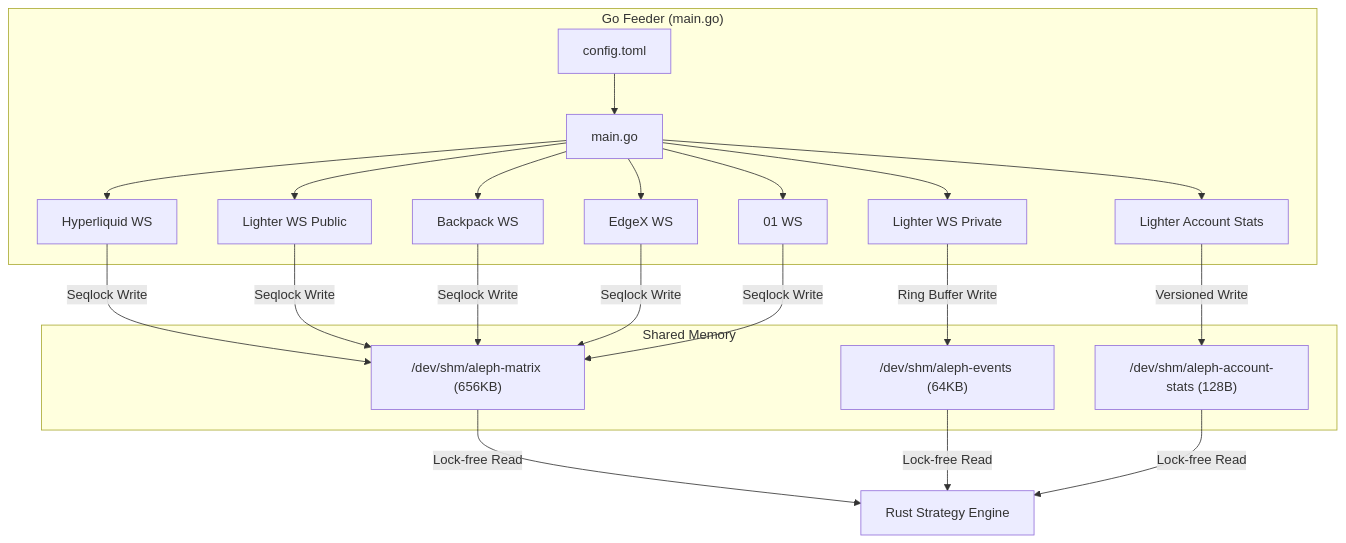
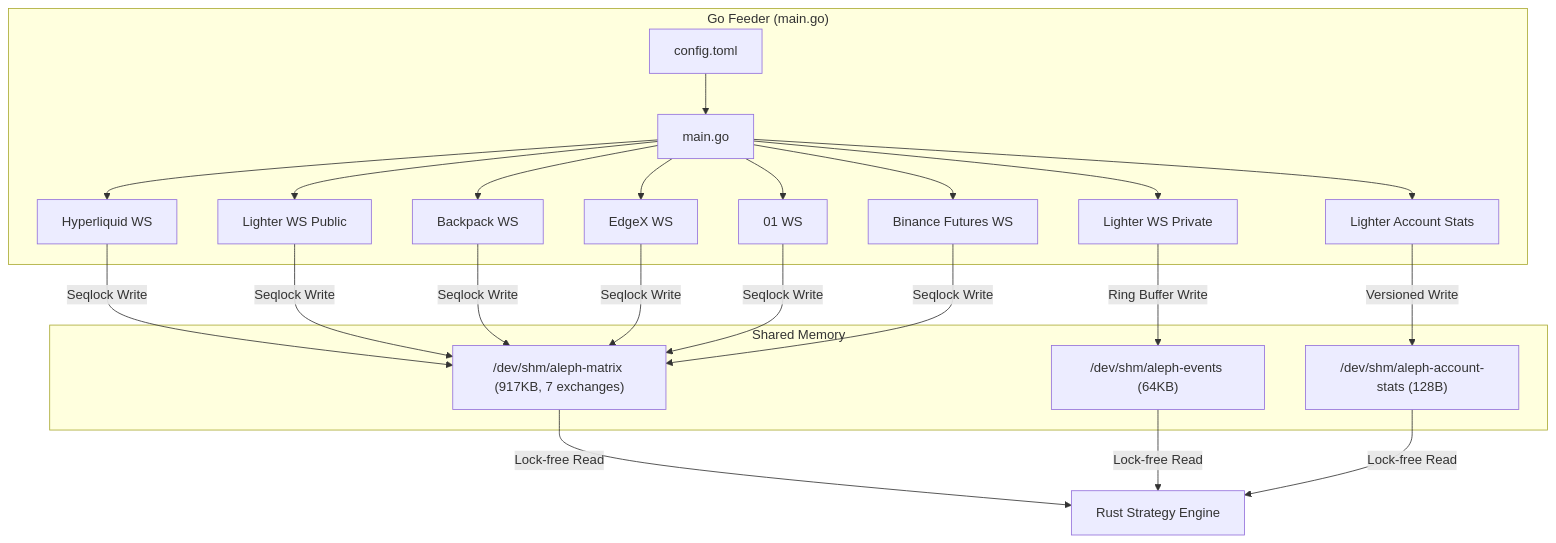
The diagram in feeder/CLAUDE.md (AlephTX/aleph-tx), drawn with Mermaid before and after one commit. The commit also changed other lines of this file and 4 other files, not shown here.

````diff
--- a/feeder/CLAUDE.md
+++ b/feeder/CLAUDE.md
@@ -27,21 +27,22 @@
 ```mermaid
 graph TD
     subgraph "Go Feeder (main.go)"
         CFG[config.toml] --> MAIN[main.go]
+        MAIN --> BN[Binance Futures WS]
         MAIN --> HL[Hyperliquid WS]
         MAIN --> LT[Lighter WS Public]
         MAIN --> LP[Lighter WS Private]
         MAIN --> LA[Lighter Account Stats]
         MAIN --> BP[Backpack WS]
         MAIN --> EX[EdgeX WS]
         MAIN --> O1[01 WS]
     end
 
     subgraph "Shared Memory"
-        HL & LT & BP & EX & O1 -->|Seqlock Write| MTX["/dev/shm/aleph-matrix (656KB)"]
+        HL & LT & BP & EX & O1 & BN -->|Seqlock Write| MTX["/dev/shm/aleph-matrix (917KB, 7 exchanges)"]
         LP -->|Ring Buffer Write| EVT["/dev/shm/aleph-events (64KB)"]
         LA -->|Versioned Write| ACC["/dev/shm/aleph-account-stats (128B)"]
     end
 
     MTX & EVT & ACC -->|Lock-free Read| RUST[Rust Strategy Engine]
 ```
````
